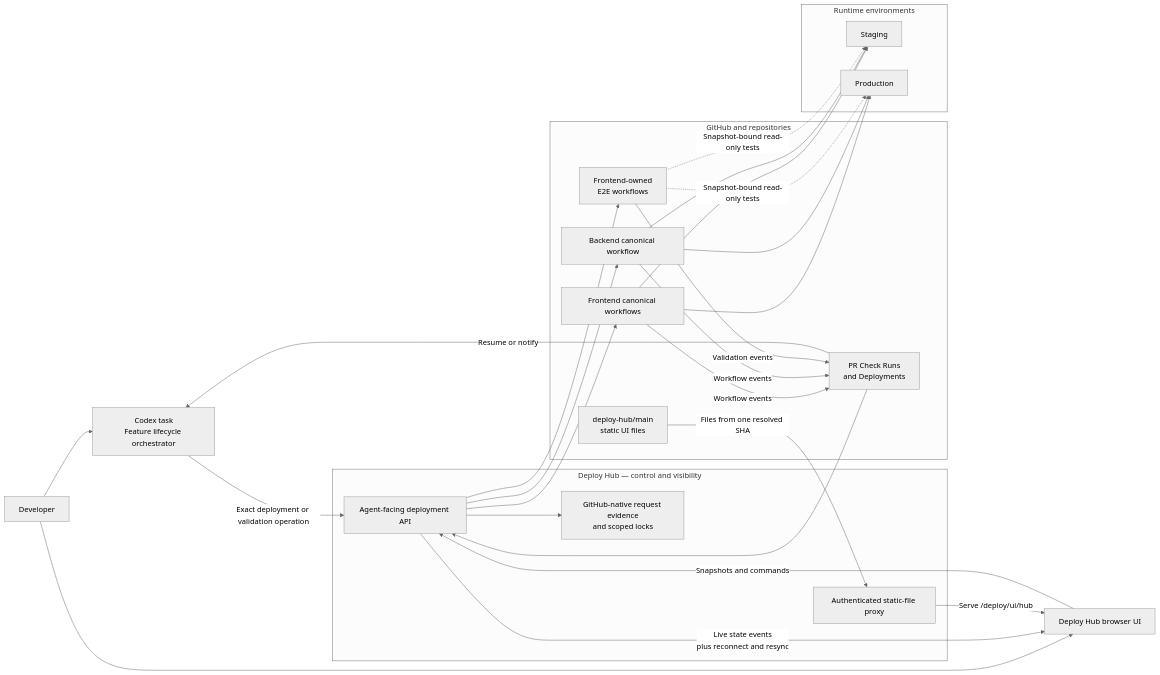
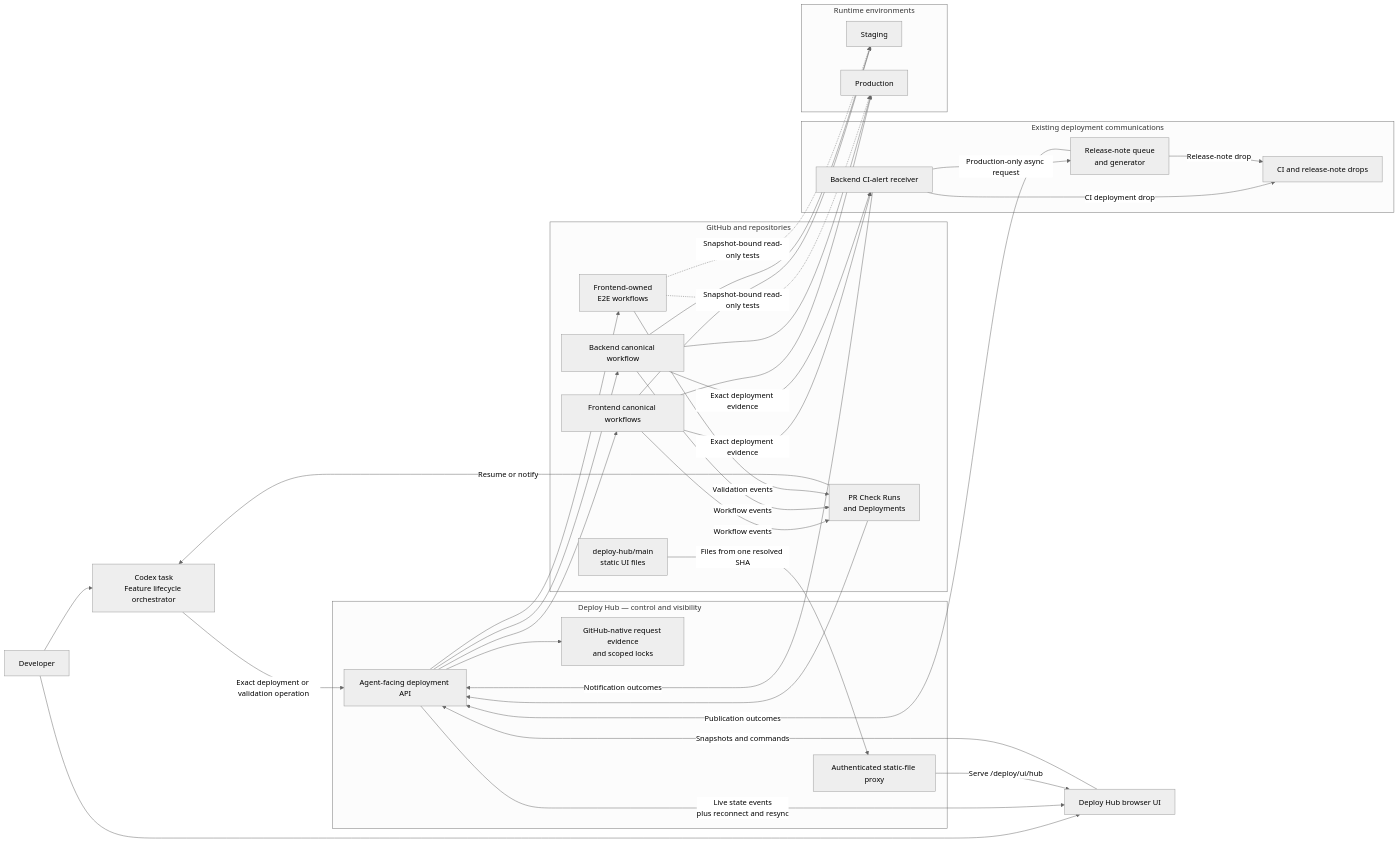
One commit to 6529-Collections/deploy-hub changed the diagram in docs/diagrams/target-architecture.mmd. Above: the diagram before and after it, drawn with Mermaid (neutral theme). The commit also changed 11 other files, not shown here.

Commit message:
Integrate deployment communications architecture

```diff
--- a/docs/diagrams/target-architecture.mmd
+++ b/docs/diagrams/target-architecture.mmd
@@ -1,45 +1,59 @@
 flowchart LR
     U["Developer"] --> A["Codex task<br/>Feature lifecycle orchestrator"]
     U --> UI["Deploy Hub browser UI"]
 
     subgraph H["Deploy Hub — control and visibility"]
         API["Agent-facing deployment API"]
         L["GitHub-native request evidence<br/>and scoped locks"]
         P["Authenticated static-file proxy"]
     end
 
     subgraph G["GitHub and repositories"]
         UIS["deploy-hub/main<br/>static UI files"]
         PR["PR Check Runs<br/>and Deployments"]
         FE["Frontend canonical workflows"]
         BE["Backend canonical workflow"]
         V["Frontend-owned<br/>E2E workflows"]
+    end
+
+    subgraph C["Existing deployment communications"]
+        N["Backend CI-alert receiver"]
+        R["Release-note queue<br/>and generator"]
+        D["CI and release-note drops"]
     end
 
     subgraph E["Runtime environments"]
         STG["Staging"]
         PROD["Production"]
     end
 
     A -->|"Exact deployment or validation operation"| API
     UI -->|"Snapshots and commands"| API
     API -->|"Live state events<br/>plus reconnect and resync"| UI
     UIS -->|"Files from one resolved SHA"| P
     P -->|"Serve /deploy/ui/hub"| UI
     API --> L
     API --> FE
     API --> BE
     API --> V
 
     FE --> STG
     FE --> PROD
     BE --> STG
     BE --> PROD
     V -. "Snapshot-bound read-only tests" .-> STG
     V -. "Snapshot-bound read-only tests" .-> PROD
 
+    FE -->|"Exact deployment evidence"| N
+    BE -->|"Exact deployment evidence"| N
+    N -->|"CI deployment drop"| D
+    N -->|"Production-only async request"| R
+    R -->|"Release-note drop"| D
+    N -->|"Notification outcomes"| API
+    R -->|"Publication outcomes"| API
+
     FE -->|"Workflow events"| PR
     BE -->|"Workflow events"| PR
     V -->|"Validation events"| PR
     PR --> API
     PR -->|"Resume or notify"| A
```
